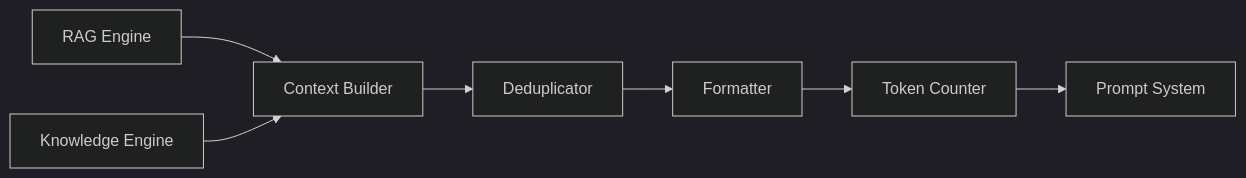
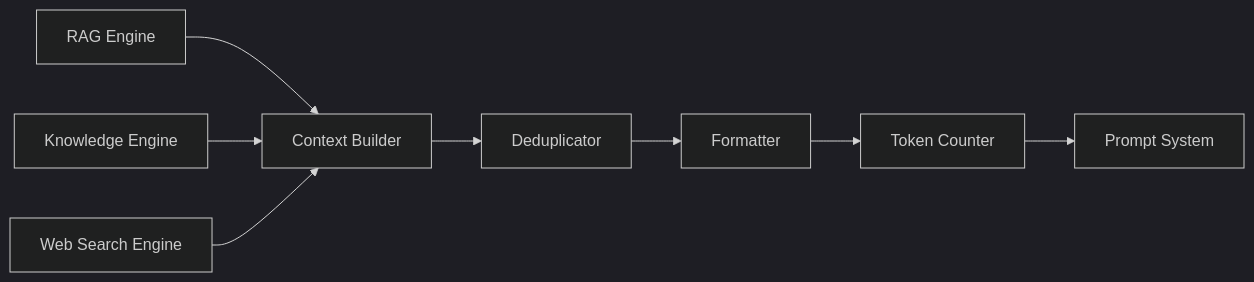
Before and after one commit to Umadolproject/Umakraft: the diagram in AI/CONTEXT_BUILDER.md, drawn with Mermaid (dark theme). The commit also changed other lines of this file and 3 other files, not shown here.

First line of the commit message:
Add web search engine module and expand AI architecture documentation

````diff
--- a/AI/CONTEXT_BUILDER.md
+++ b/AI/CONTEXT_BUILDER.md
@@ -45,9 +48,10 @@
 ```mermaid
 flowchart LR
     RAG[RAG Engine] --> CB[Context Builder]
     KE[Knowledge Engine] --> CB
+    WSE[Web Search Engine] --> CB
     CB --> DED[Deduplicator]
     DED --> FMT[Formatter]
     FMT --> TKN[Token Counter]
     TKN --> PS[Prompt System]
 ```
````
